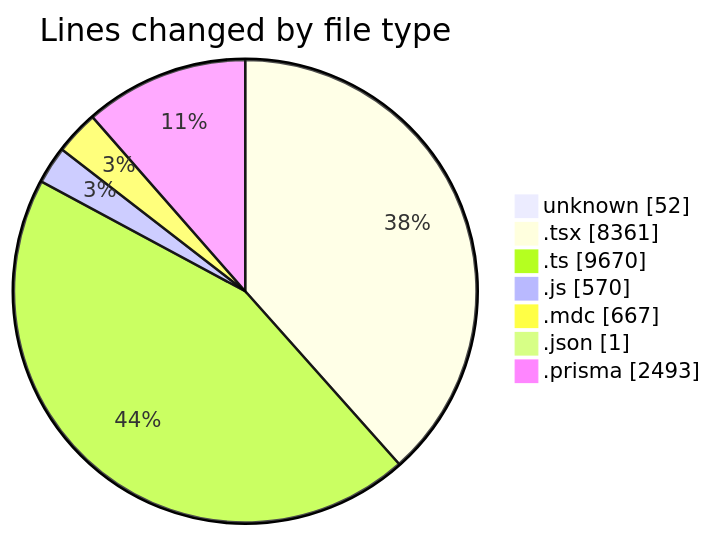
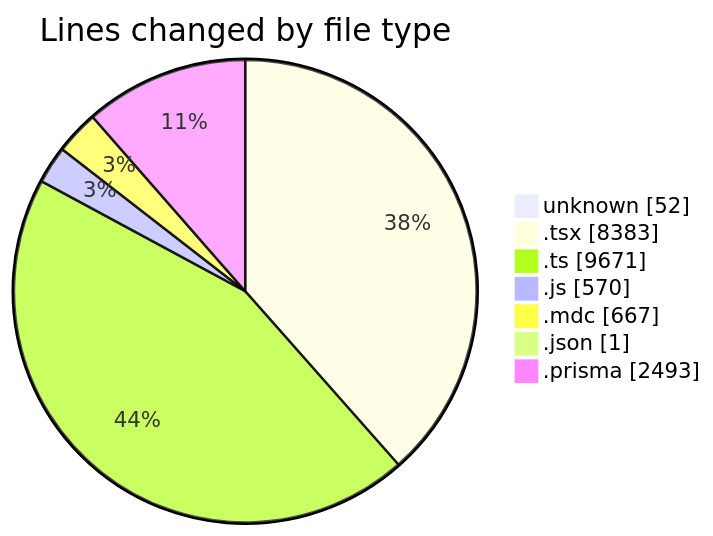
Before and after one commit to CELIANVF/code-tracking: the first of 2 diagrams in 2025-06-02/ecodeli-1/README.md, drawn with Mermaid. The commit also changed other lines of this file and 1 other file, not shown here.

````diff
--- a/2025-06-02/ecodeli-1/README.md
+++ b/2025-06-02/ecodeli-1/README.md
@@ -90,11 +91,11 @@
 ```mermaid
 pie showData
 title Lines changed by file type
 "unknown" : 52
-".tsx" : 8361
-".ts" : 9670
+".tsx" : 8383
+".ts" : 9671
 ".js" : 570
 ".mdc" : 667
 ".json" : 1
 ".prisma" : 2493
 ```
````
